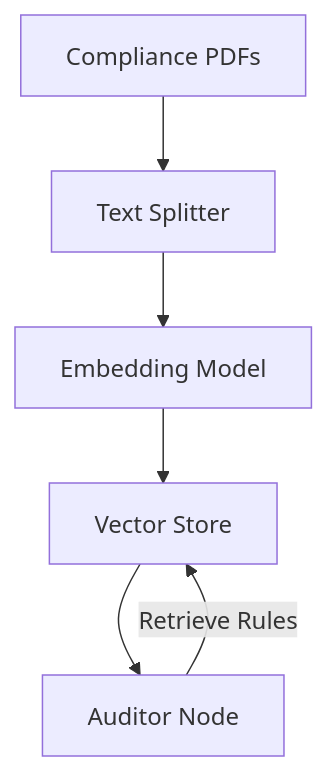
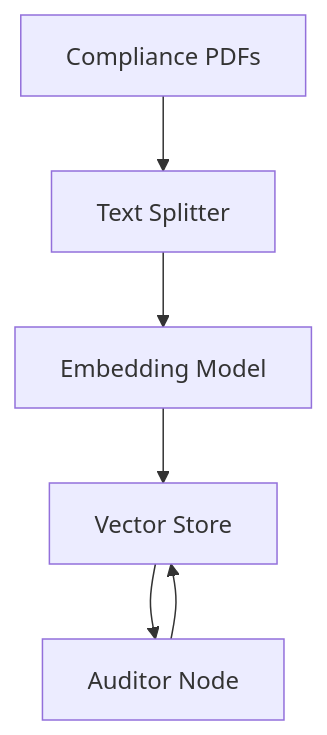
Before and after one commit to duyilemi/video_audit_ai: the third of 5 diagrams in README.md, drawn with Mermaid. The commit also changed other lines of this file, not shown here.

````diff
--- a/README.md
+++ b/README.md
@@ -53,8 +53,9 @@
 ```mermaid
 graph TB
 PDFs[Compliance PDFs] --> Chunker[Text Splitter]
 Chunker --> Embeddings[Embedding Model]
 Embeddings --> VectorDB[Vector Store]
-Auditor[Auditor Node] -->|Retrieve Rules| VectorDB
-VectorDB --> Auditor
+
+AuditorNode[Auditor Node] --> VectorDB
+VectorDB --> AuditorNode
 ```
````
